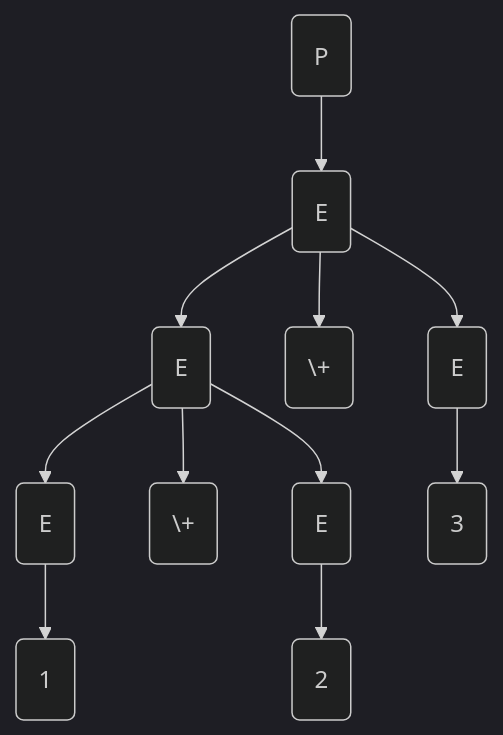
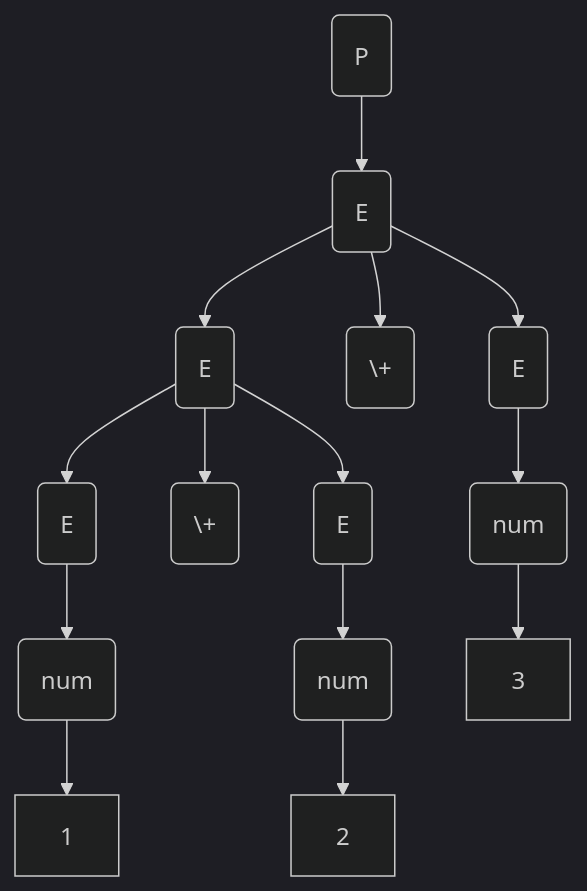
One commit to Mirror83/recursive_descent_calculator changed the first of 3 diagrams in README.md. Above: the diagram before and after it, drawn with Mermaid (dark theme). The commit also changed other lines of this file, not shown here.

````diff
--- a/README.md
+++ b/README.md
@@ -67,13 +67,16 @@
 ```mermaid
 flowchart TD
     A(P) --> B(E)
     B --> C(E)
     B --> D(\+)
     B --> F(E)
     C --> G(E)
     C --> H(\+)
     C --> I(E)
-    G --> J(1)
-    I --> K(2)
-    F --> L(3)
+    G --> J(num)
+    I --> K(num)
+    F --> L(num)
+    J --> M[1]
+    K --> N[2]
+    L --> O[3]
 ```
````
